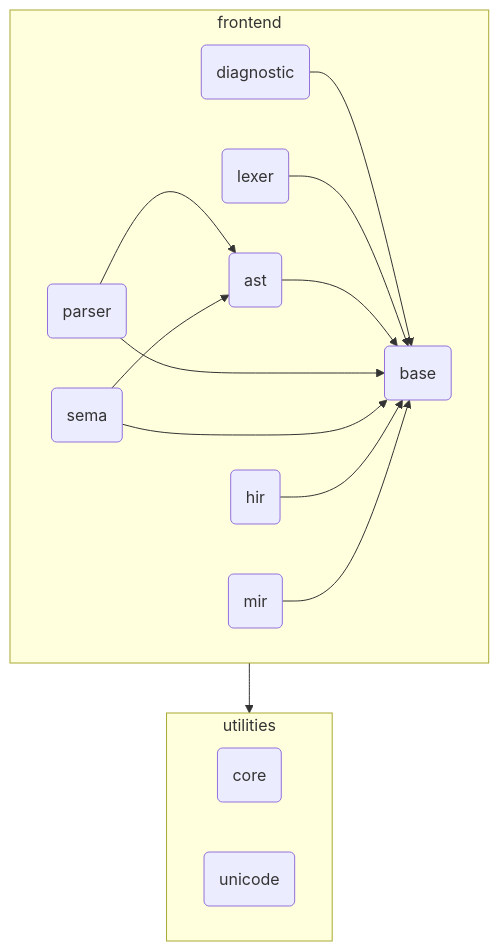
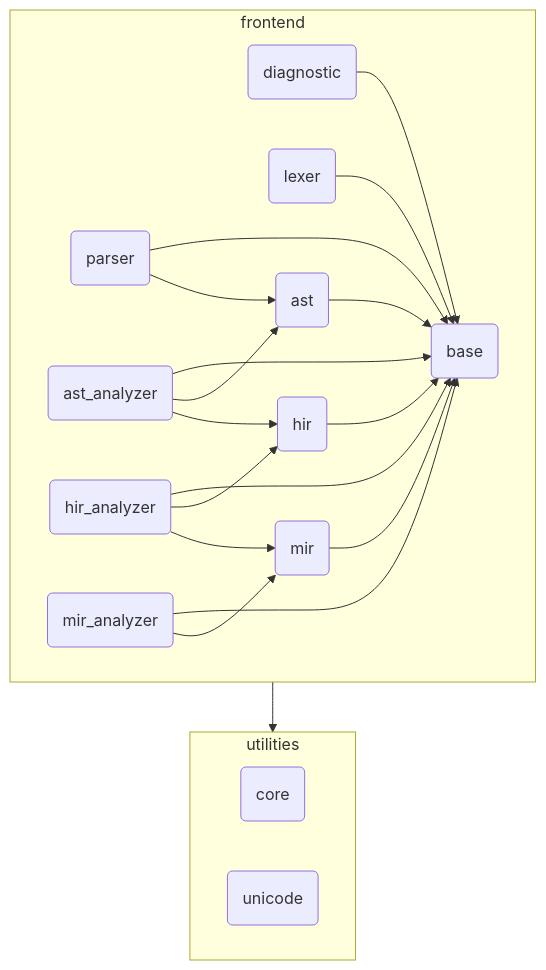
One commit to pugur523/redy changed the second of 2 diagrams in src/frontend/README.md. Above: the diagram before and after it, drawn with Mermaid. The commit also changed other lines of this file, not shown here.

First line of the commit message:
doc: add description and flow chartfor each module

````diff
--- a/src/frontend/README.md
+++ b/src/frontend/README.md
@@ -31,25 +70,32 @@
 ```mermaid
 graph TD
 
 subgraph utilities
     B(core)
     C(unicode)
 end
 
 subgraph frontend
     D(base)
-    E(diagnostic) --> D
-    F(lexer)      --> D
-    G(ast)        --> D
-    H(parser)     --> D
-    I(sema)       --> D
-    J(hir)        --> D
-    K(mir)        --> D
+    E(diagnostic)     --> D
+    F(lexer)          --> D
+    G(parser)         --> D
+    H(ast_analyzer)   --> D
+    I(hir_analyzer)   --> D
+    J(mir_analyzer)   --> D
+
+    K(ast)            --> D
+    L(hir)            --> D
+    M(mir)            --> D
 
 
-    H --> G
-    I --> G
+    G --> K
+    H --> K
+    H --> L
+    I --> L
+    I --> M
+    J --> M
 end
 
 frontend --> utilities
 ```
````
